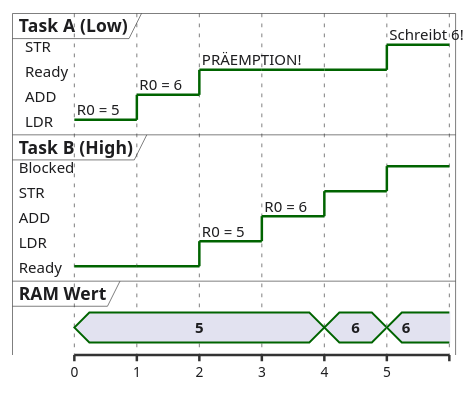
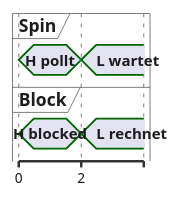
The first of 4 diagrams in vorlesungen/04_synchronisation-ressourcen.qmd (dantschi/echtzeitsysteme), drawn with PlantUML before and after one commit. The commit also changed other lines of this file and 2 other files, not shown here.

````diff
--- a/vorlesungen/04_synchronisation-ressourcen.qmd
+++ b/vorlesungen/04_synchronisation-ressourcen.qmd
@@ -158,47 +215,22 @@
 ```{.plantuml}
 @startuml
 skinparam backgroundColor transparent
 skinparam defaultFontName "Inter, sans-serif"
 skinparam defaultFontColor #1D1D1F
 skinparam ArrowColor #86868B
-skinparam NoteBackgroundColor #F5F5F7
-skinparam NoteBorderColor #E5E5EA
 skinparam timing {
   BackgroundColor #FFFFFF
   BorderColor #E5E5EA
   LineColor #1D1D1F
   SignalColor #E2001A
 }
-
-robust "Task A (Low)" as TA
-robust "Task B (High)" as TB
-concise "RAM Wert" as RAM
-
+concise "Spin" as S
+concise "Block" as B
 @0
-RAM is "5"
-TA is LDR : R0 = 5
-TB is Ready
-
-@1
-TA is ADD : R0 = 6
-TB is Ready
-
+S is "H pollt"
+B is "H blocked"
 @2
-TA is Ready : PRÄEMPTION!
-TB is LDR : R0 = 5
-
-@3
-TA is Ready
-TB is ADD : R0 = 6
-
-@4
-TA is Ready
-TB is STR
-RAM is "6"
-
-@5
-TA is STR : Schreibt 6!
-TB is Blocked
-RAM is "6"
+S is "L wartet"
+B is "L rechnet"
 @enduml
 ```
````
